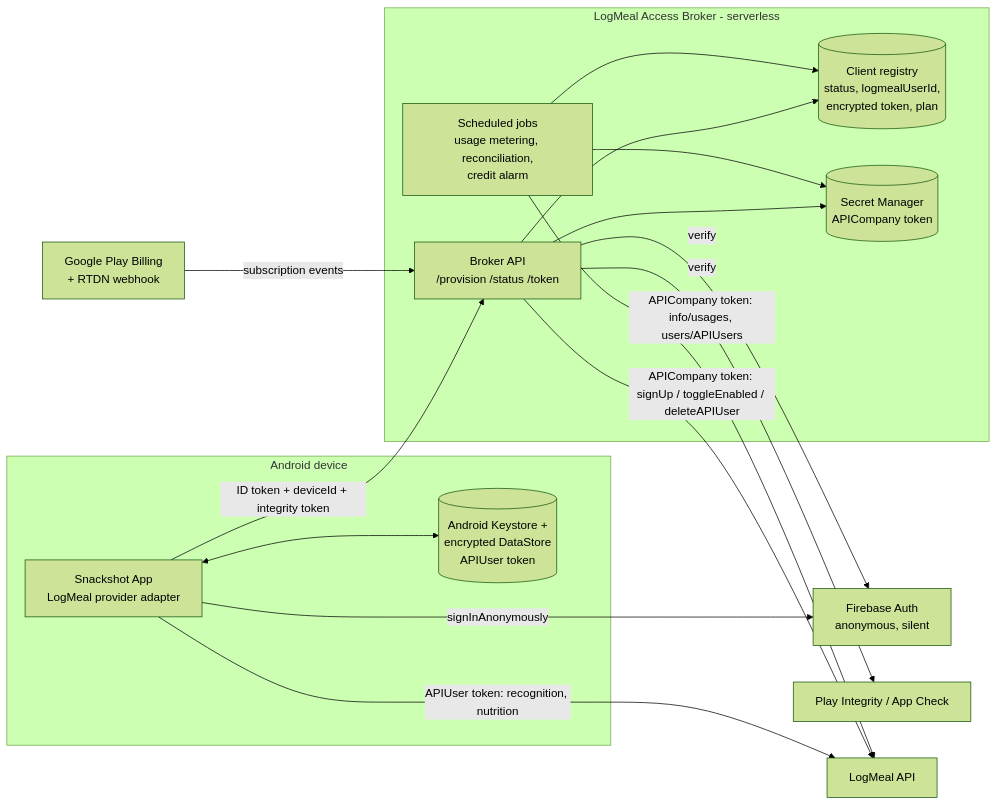
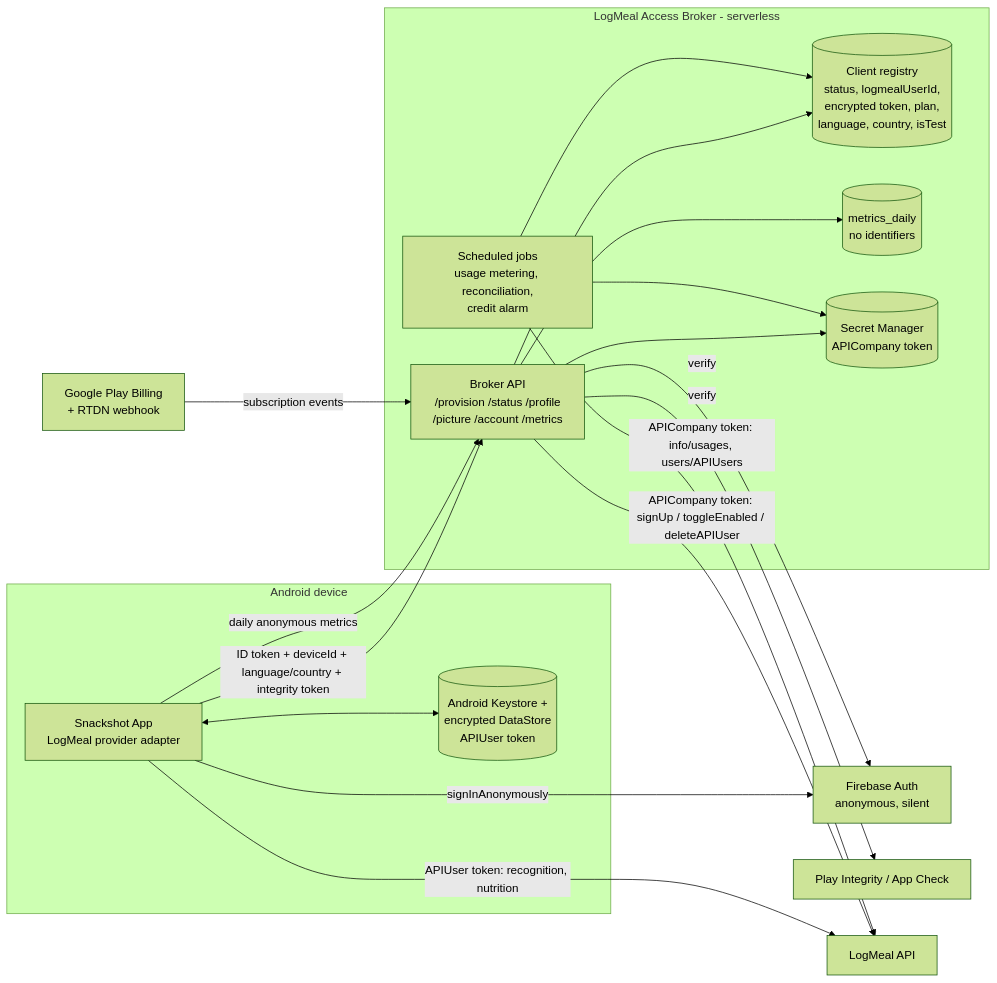
The first of 4 diagrams in docs/Architecture/11_logmeal-access-token-management.md (sergeybelyuga-ops/snackshot), drawn with Mermaid (forest theme) before and after one commit. The commit also changed other lines of this file and 28 other files, not shown here.

````diff
--- a/docs/Architecture/11_logmeal-access-token-management.md
+++ b/docs/Architecture/11_logmeal-access-token-management.md
@@ -66,33 +71,36 @@
 ```mermaid
 flowchart LR
     subgraph Device[Android device]
         App[Snackshot App\nLogMeal provider adapter]
         KS[(Android Keystore +\nencrypted DataStore\nAPIUser token)]
         App <--> KS
     end
 
     subgraph Broker[LogMeal Access Broker - serverless]
-        API[Broker API\n/provision /status /token]
-        DB[(Client registry\nstatus, logmealUserId,\nencrypted token, plan)]
+        API[Broker API\n/provision /status /profile\n/picture /account /metrics]
+        DB[(Client registry\nstatus, logmealUserId,\nencrypted token, plan,\nlanguage, country, isTest)]
+        MD[(metrics_daily\nno identifiers)]
+        API --> MD
         Jobs[Scheduled jobs\nusage metering, reconciliation,\ncredit alarm]
         SM[(Secret Manager\nAPICompany token)]
         API --> DB
         Jobs --> DB
         API --> SM
         Jobs --> SM
     end
 
     Auth[Firebase Auth\nanonymous, silent]
     Integrity[Play Integrity / App Check]
     Billing[Google Play Billing\n+ RTDN webhook]
     LM[LogMeal API]
 
     App -- signInAnonymously --> Auth
-    App -- ID token + deviceId + integrity token --> API
+    App -- ID token + deviceId + language/country + integrity token --> API
+    App -- daily anonymous metrics --> API
     API -- verify --> Auth
     API -- verify --> Integrity
     API -- APICompany token: signUp / toggleEnabled / deleteAPIUser --> LM
     Jobs -- APICompany token: info/usages, users/APIUsers --> LM
     App -- APIUser token: recognition, nutrition --> LM
     Billing -- subscription events --> API
 ```
````
